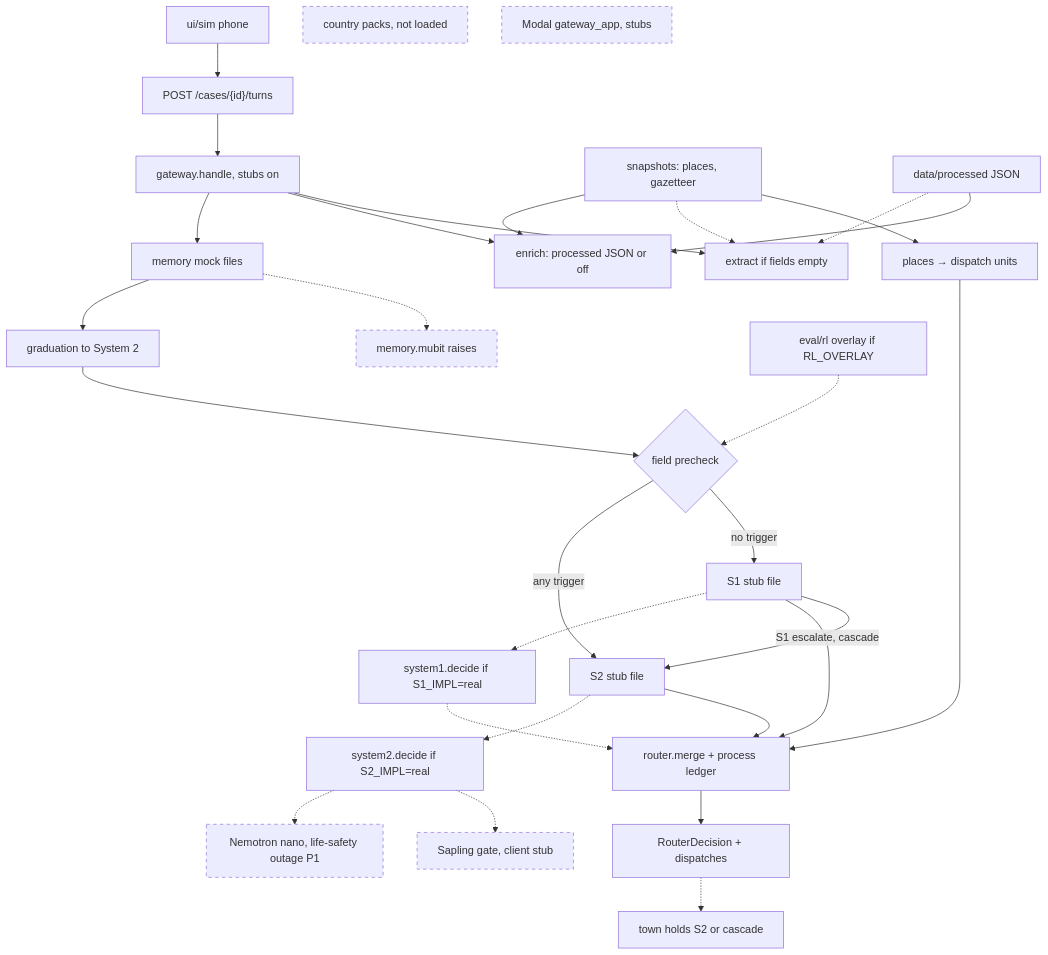
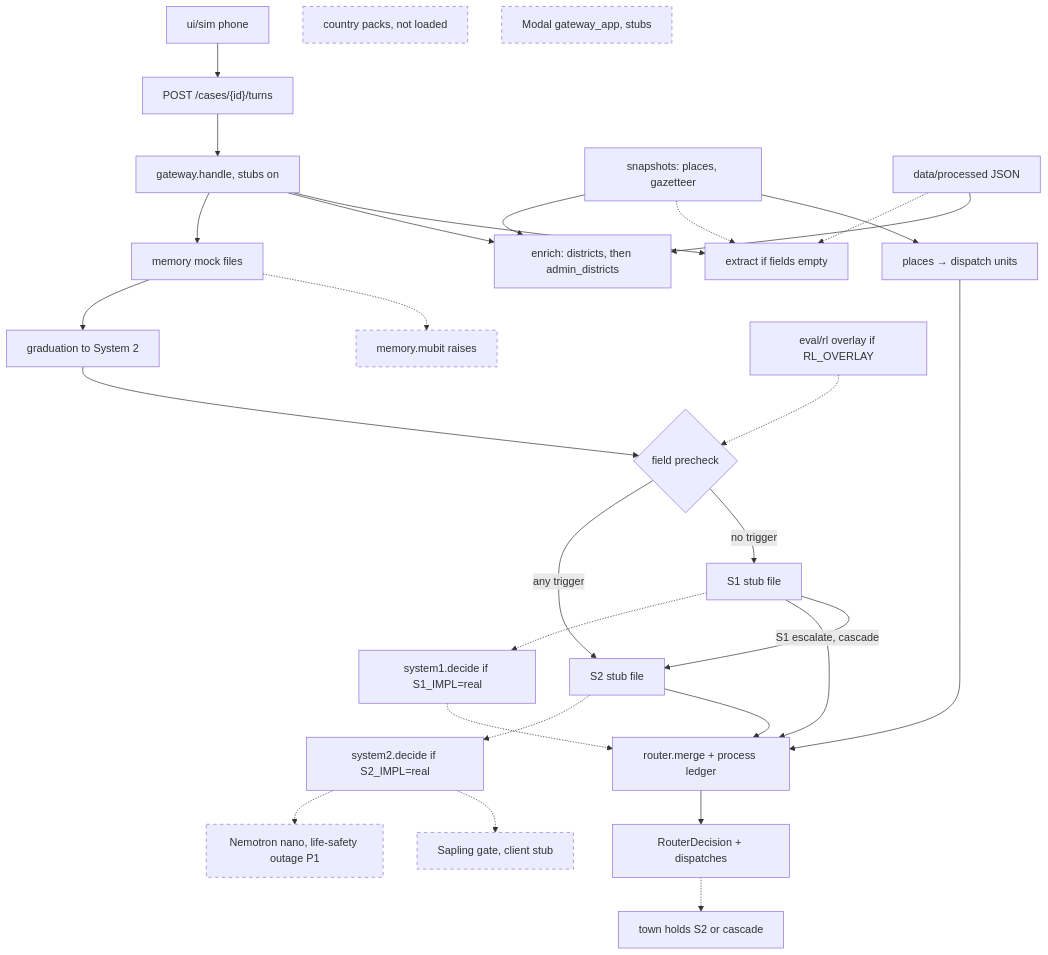
One commit to melaniepreen/Baan-Safe changed the first of 3 diagrams in BaanSafe_Revised_Architecture.md. Above: the diagram before and after it, drawn with Mermaid. The commit also changed other lines of this file and 2 other files, not shown here.

First line of the commit message:
docs: refresh architecture diagram (0bd3340)

````diff
--- a/BaanSafe_Revised_Architecture.md
+++ b/BaanSafe_Revised_Architecture.md
@@ -20,33 +20,33 @@
 ```mermaid
 flowchart TD
   classDef unwired stroke-dasharray: 5 5
   phone["ui/sim phone"] --> turns["POST /cases/{id}/turns"]
   turns --> gw["gateway.handle, stubs on"]
   gw --> extract["extract if fields empty"]
-  gw --> enrich["enrich: processed JSON or off"]
+  gw --> enrich["enrich: districts, then admin_districts"]
   gw --> mem["memory mock files"]
   mem -.-> mm["memory.mubit raises"]:::unwired
   mem --> grad["graduation to System 2"]
   grad --> pick{"field precheck"}
   pick -->|no trigger| s1["S1 stub file"]
   pick -->|any trigger| s2["S2 stub file"]
   s1 -->|"S1 escalate, cascade"| s2
   ov["eval/rl overlay if RL_OVERLAY"] -.-> pick
   s1 --> merge["router.merge + process ledger"]
   s2 --> merge
   snap["snapshots: places, gazetteer"] --> places["places → dispatch units"]
   places --> merge
   proc["data/processed JSON"] --> enrich
   proc -.-> extract
   snap -.-> extract
   snap --> enrich
   merge --> out["RouterDecision + dispatches"]
   out -.-> hold["town holds S2 or cascade"]
   s1 -.-> rules["system1.decide if S1_IMPL=real"]
   rules -.-> merge
   s2 -.-> s2d["system2.decide if S2_IMPL=real"]
   s2d -.-> sap["Sapling gate, client stub"]:::unwired
   s2d -.-> llm["Nemotron nano, life-safety outage P1"]:::unwired
   packs["country packs, not loaded"]:::unwired
   modal["Modal gateway_app, stubs"]:::unwired
 ```
````
